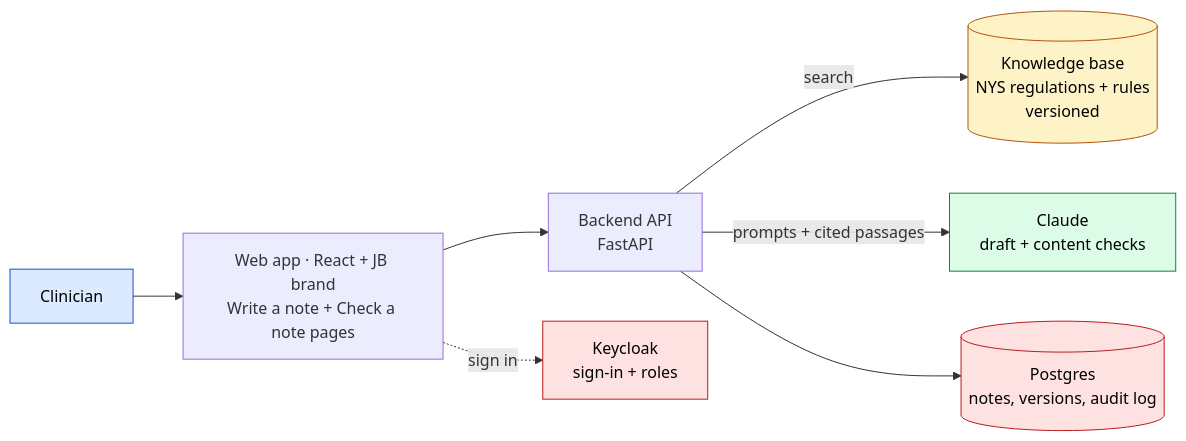
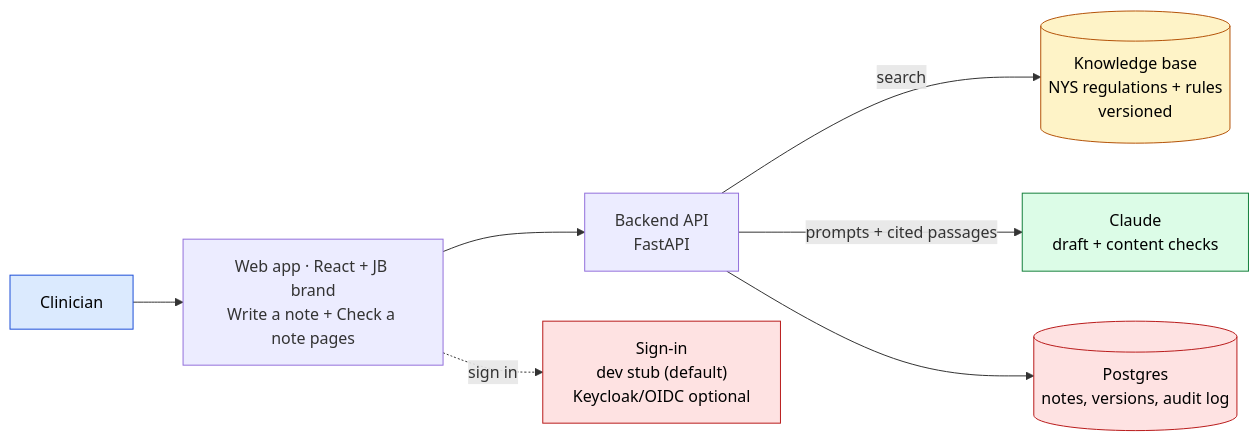
The first of 4 diagrams in docs/architecture.md (yuvarajmohan-neu/clinical-documentation-assistant), drawn with Mermaid before and after one commit. The commit also changed other lines of this file and 11 other files, not shown here.

````diff
--- a/docs/architecture.md
+++ b/docs/architecture.md
@@ -31,21 +31,21 @@
 ```mermaid
 flowchart LR
   classDef human fill:#dbeafe,stroke:#1d4ed8,color:#000
   classDef ai fill:#dcfce7,stroke:#15803d,color:#000
   classDef rules fill:#fef3c7,stroke:#b45309,color:#000
   classDef sec fill:#fee2e2,stroke:#b91c1c,color:#000
 
   CLIN["Clinician"]:::human
   WEB["Web app · React + JB brand<br/>Write a note + Check a note pages"]
   API["Backend API<br/>FastAPI"]
-  KC["Keycloak<br/>sign-in + roles"]:::sec
+  AUTH["Sign-in<br/>dev stub (default)<br/>Keycloak/OIDC optional"]:::sec
   KB[("Knowledge base<br/>NYS regulations + rules<br/>versioned")]:::rules
   CLAUDE["Claude<br/>draft + content checks"]:::ai
   DB[("Postgres<br/>notes, versions, audit log")]:::sec
 
   CLIN --> WEB --> API
-  WEB -.->|"sign in"| KC
+  WEB -.->|"sign in"| AUTH
   API -->|"search"| KB
   API -->|"prompts + cited passages"| CLAUDE
   API --> DB
 ```
````
